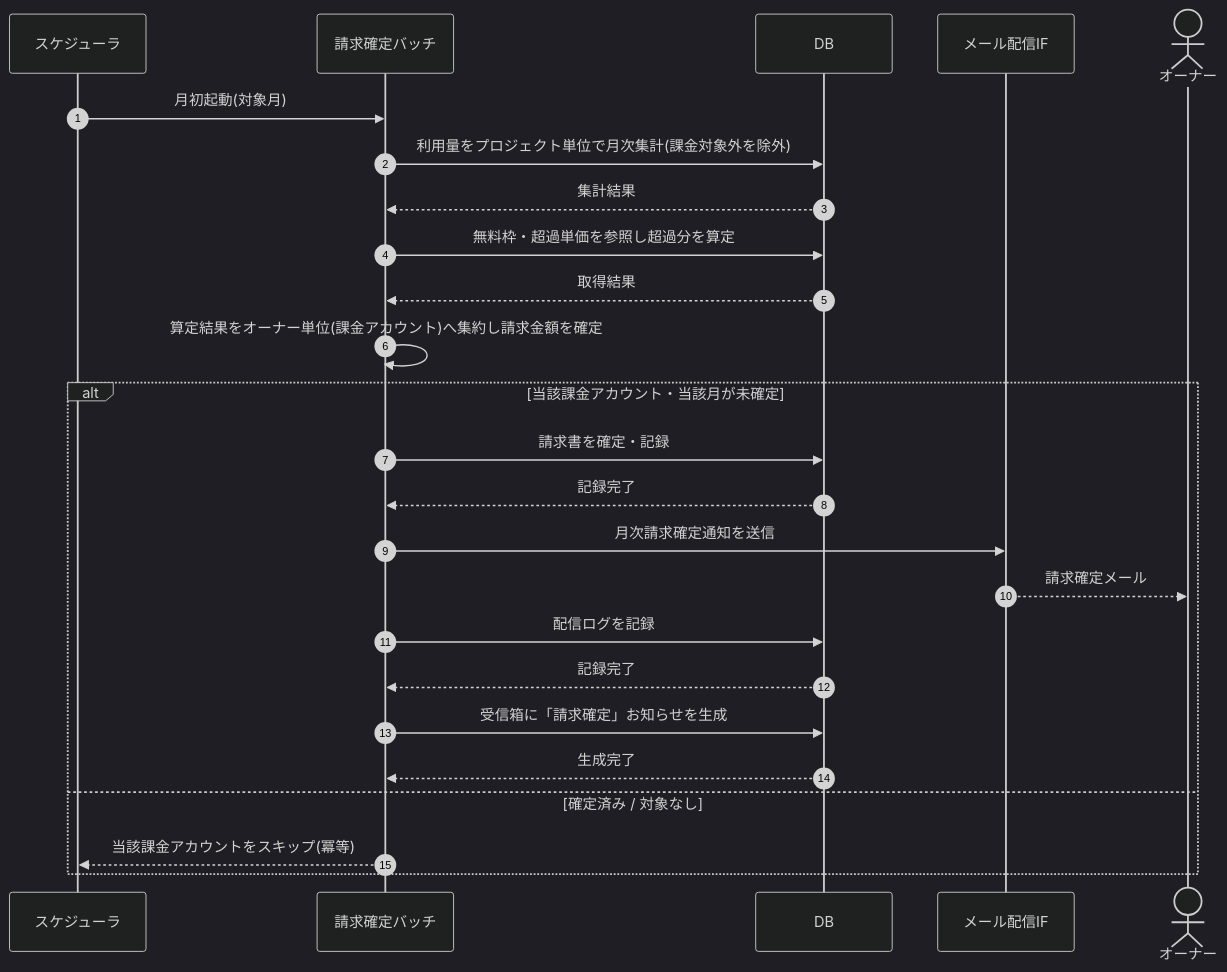
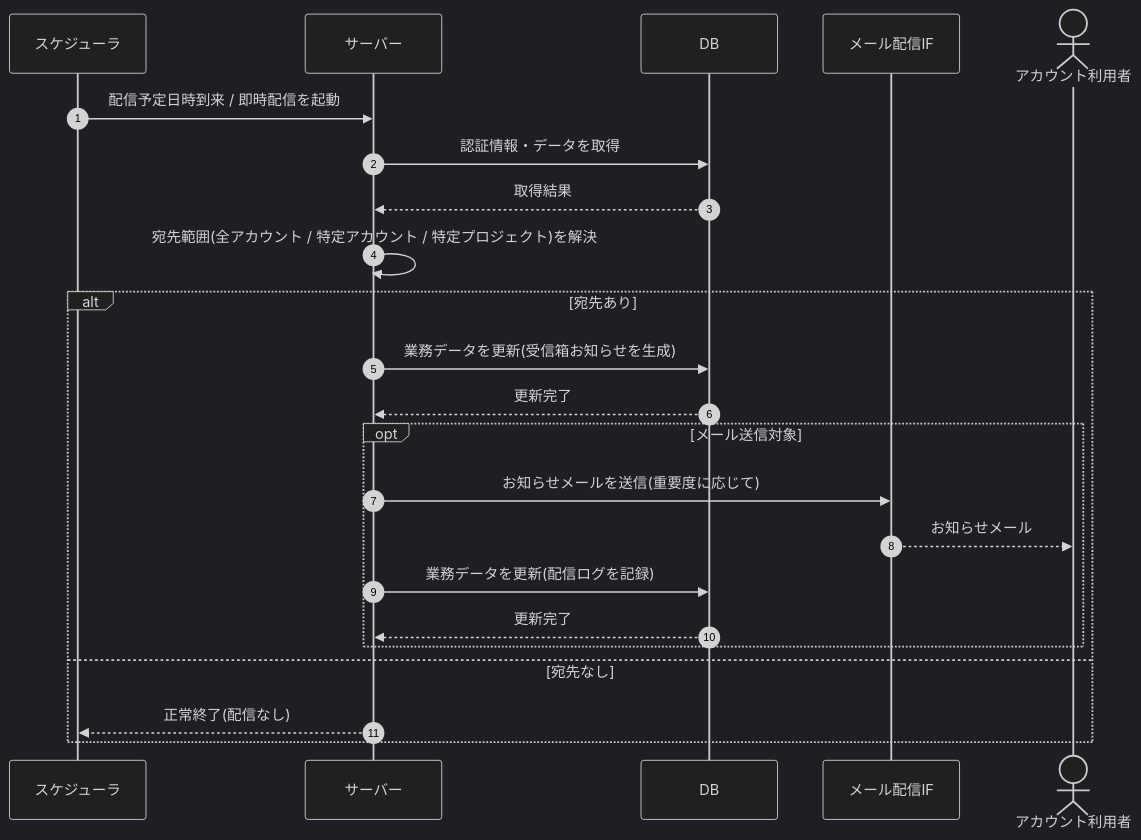
The diagram in 02_basic_design/03_sequences/SEQ-091.md (sikakou54/open-faq), drawn with Mermaid (dark theme) before and after one commit. The commit also changed other lines of this file and 99 other files, not shown here.

````diff
--- a/02_basic_design/03_sequences/SEQ-091.md
+++ b/02_basic_design/03_sequences/SEQ-091.md
@@ -25,27 +25,25 @@
 ```mermaid
 sequenceDiagram
   autonumber
   participant SCH as スケジューラ
-  participant B as 請求確定バッチ
+  participant Server as サーバー
   participant DB as DB
   participant MAIL as メール配信IF
-  actor O as オーナー
-  SCH->>B: 月初起動(対象月)
-  B->>DB: 利用量をプロジェクト単位で月次集計(課金対象外を除外)
-  DB-->>B: 集計結果
-  B->>DB: 無料枠・超過単価を参照し超過分を算定
-  DB-->>B: 取得結果
-  B->>B: 算定結果をオーナー単位(課金アカウント)へ集約し請求金額を確定
-  alt 当該課金アカウント・当該月が未確定
-    B->>DB: 請求書を確定・記録
-    DB-->>B: 記録完了
-    B->>MAIL: 月次請求確定通知を送信
-    MAIL-->>O: 請求確定メール
-    B->>DB: 配信ログを記録
-    DB-->>B: 記録完了
-    B->>DB: 受信箱に「請求確定」お知らせを生成
-    DB-->>B: 生成完了
-  else 確定済み / 対象なし
-    B-->>SCH: 当該課金アカウントをスキップ(冪等)
+  actor U as アカウント利用者
+  SCH->>Server: 配信予定日時到来 / 即時配信を起動
+  Server->>DB: 認証情報・データを取得
+  DB-->>Server: 取得結果
+  Server->>Server: 宛先範囲(全アカウント / 特定アカウント / 特定プロジェクト)を解決
+  alt 宛先あり
+    Server->>DB: 業務データを更新(受信箱お知らせを生成)
+    DB-->>Server: 更新完了
+    opt メール送信対象
+      Server->>MAIL: お知らせメールを送信(重要度に応じて)
+      MAIL-->>U: お知らせメール
+      Server->>DB: 業務データを更新(配信ログを記録)
+      DB-->>Server: 更新完了
+    end
+  else 宛先なし
+    Server-->>SCH: 正常終了(配信なし)
   end
 ```
````
